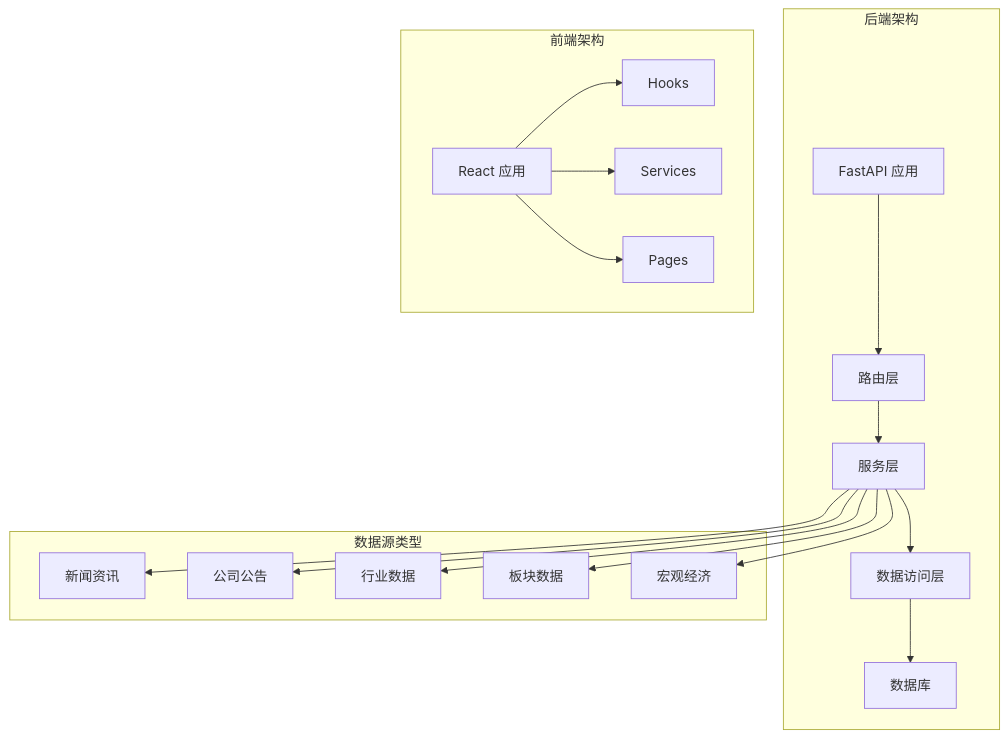
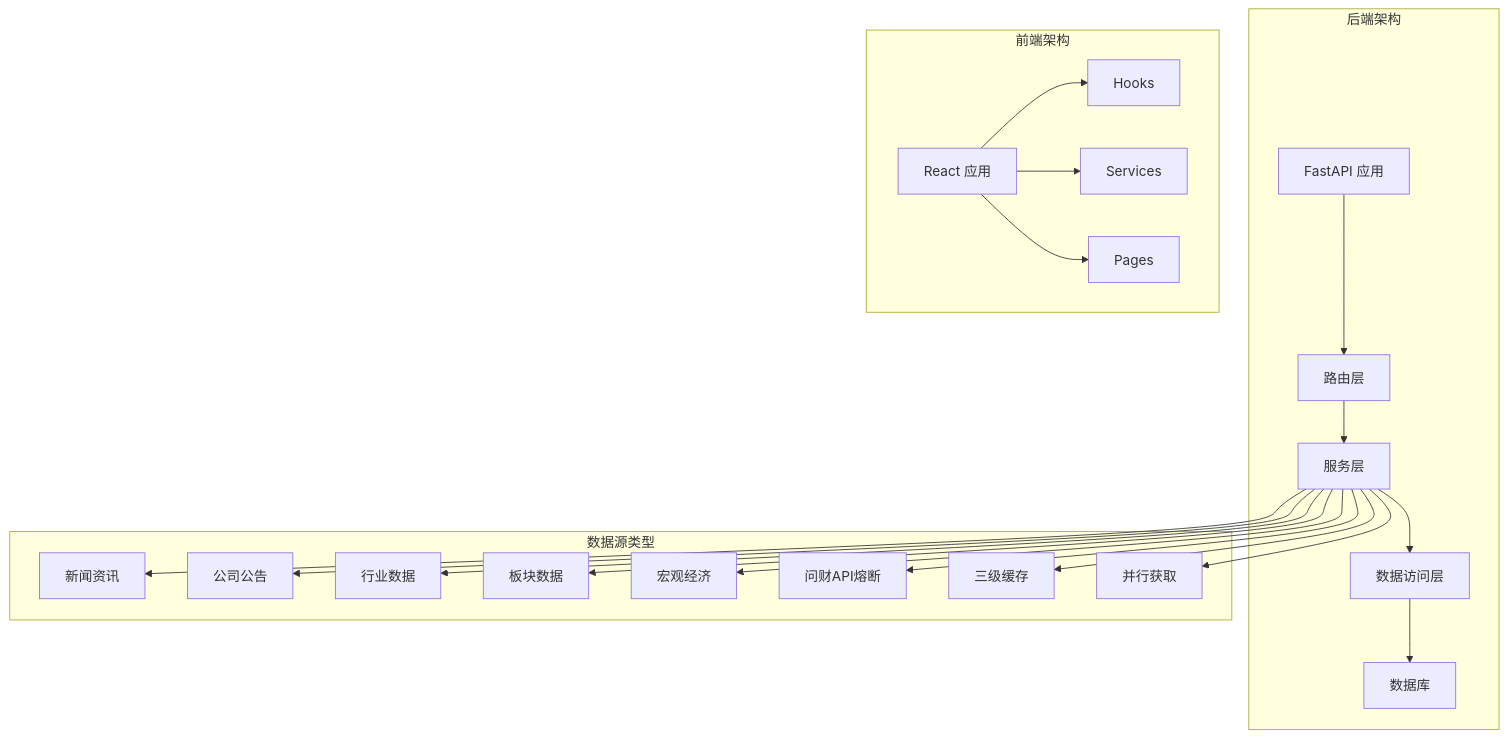
Before and after one commit to Moruime/stock_foker: the first of 12 diagrams in .qoder/repowiki/zh/content/数据源服务增强.md, drawn with Mermaid. The commit also changed other lines of this file and 22 other files, not shown here.

````diff
--- a/.qoder/repowiki/zh/content/数据源服务增强.md
+++ b/.qoder/repowiki/zh/content/数据源服务增强.md
@@ -40,35 +58,41 @@
 ```mermaid
 graph TB
 subgraph "后端架构"
 A[FastAPI 应用]
 B[路由层]
 C[服务层]
 D[数据访问层]
 E[数据库]
 end
 subgraph "前端架构"
 F[React 应用]
 G[Hooks]
 H[Services]
 I[Pages]
 end
 subgraph "数据源类型"
 J[新闻资讯]
 K[公司公告]
 L[行业数据]
 M[板块数据]
 N[宏观经济]
+O[问财API熔断]
+P[三级缓存]
+Q[并行获取]
 end
 A --> B
 B --> C
 C --> D
 D --> E
 F --> G
 F --> H
 F --> I
 C --> J
 C --> K
 C --> L
 C --> M
 C --> N
+C --> O
+C --> P
+C --> Q
 ```
````
